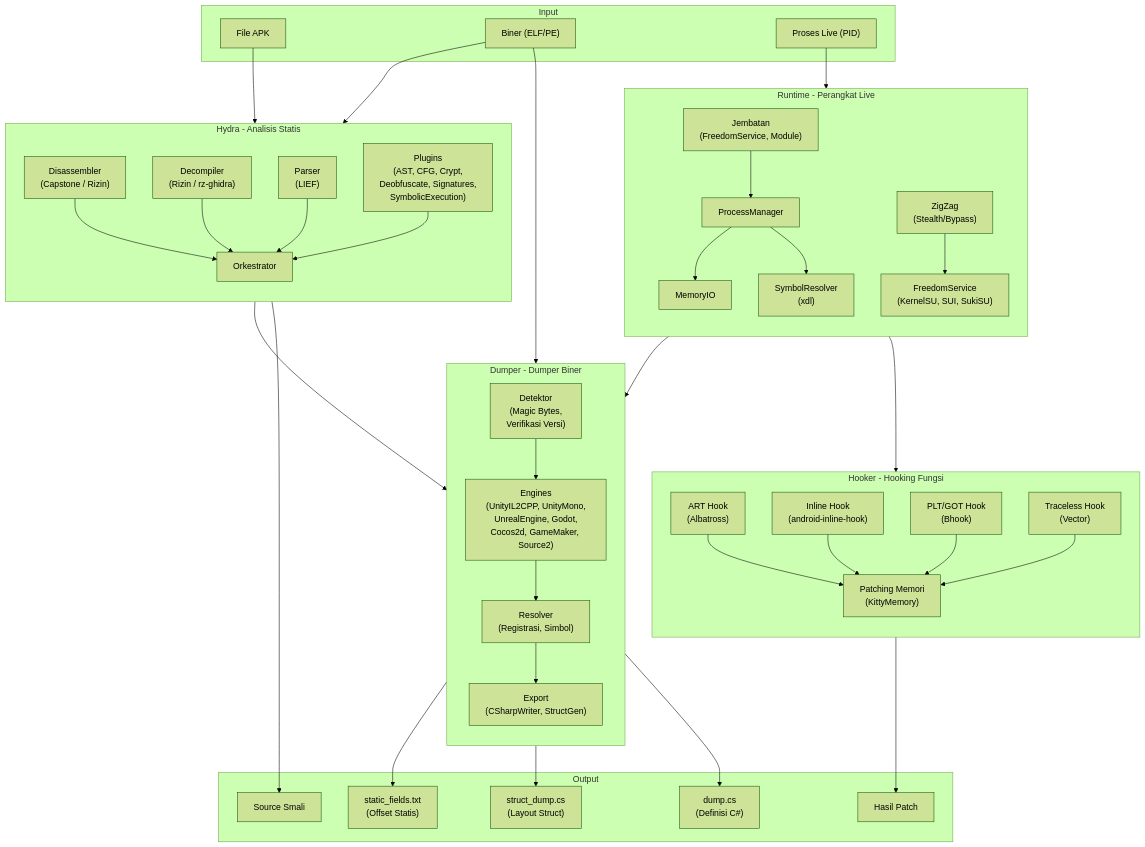
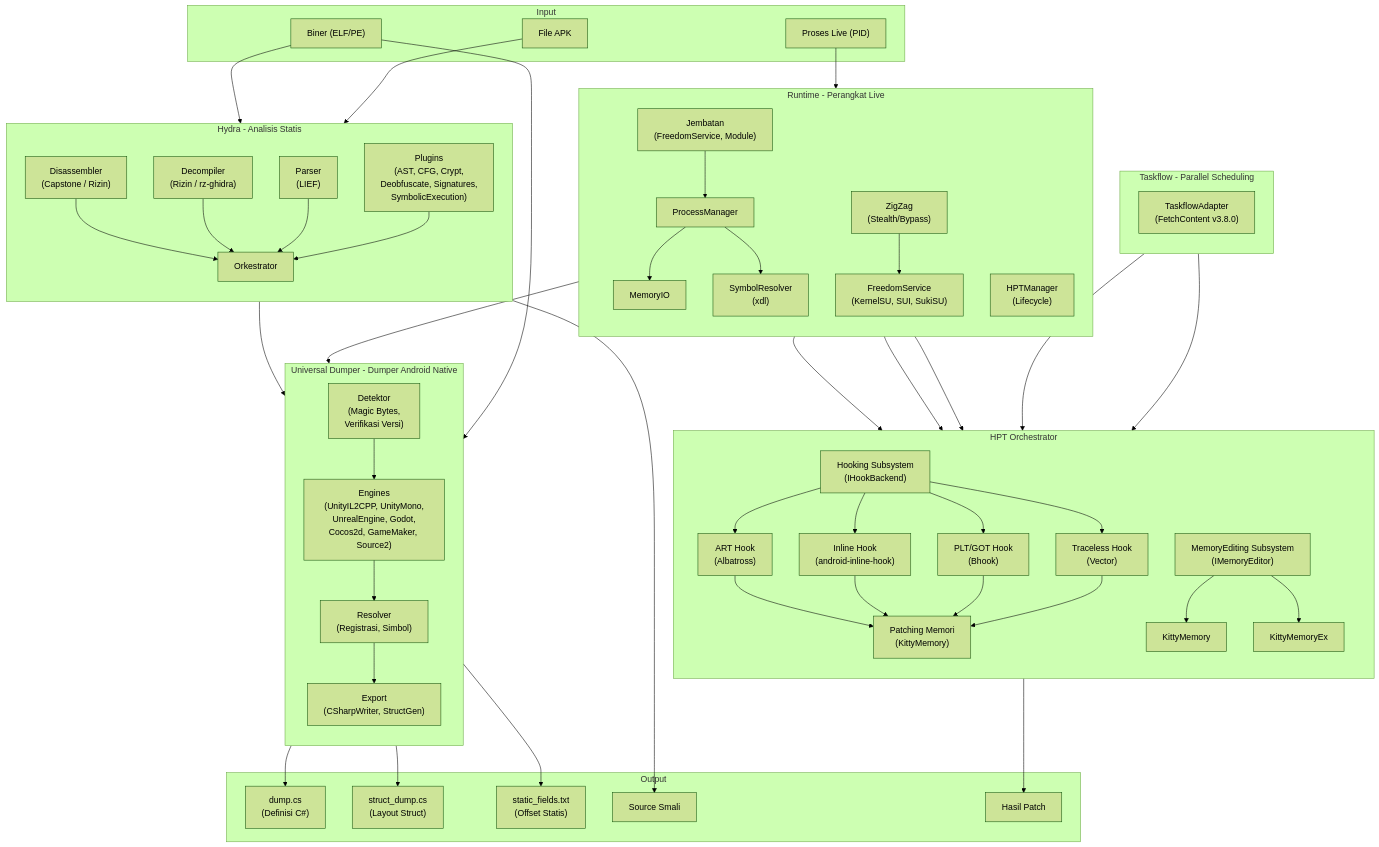
One commit to CicakDroid/OmniByte changed the first of 2 diagrams in README.md. Above: the diagram before and after it, drawn with Mermaid (forest theme). The commit also changed other lines of this file and 5 other files, not shown here.

First line of the commit message:
docs: refresh all README diagrams & add build script

````diff
--- a/README.md
+++ b/README.md
@@ -160,7 +168,7 @@
         H_PLG --> H_ORC
     end
 
-    subgraph DUMPER["Dumper - Dumper Biner"]
+    subgraph DUMPER["Universal Dumper - Dumper Android Native"]
         direction TB
         D_DET["Detektor\n(Magic Bytes,\nVerifikasi Versi)"]
         D_ENG["Engines\n(UnityIL2CPP, UnityMono,\nUnrealEngine, Godot,\nCocos2d, GameMaker, Source2)"]
@@ -171,16 +179,20 @@
         D_RES --> D_EXP
     end
 
-    subgraph HOOKER["Hooker - Hooking Fungsi"]
+    subgraph HPT["HPT Orchestrator"]
         direction TB
-        HK_ART["ART Hook\n(Albatross)"]
-        HK_INL["Inline Hook\n(android-inline-hook)"]
-        HK_PLT["PLT/GOT Hook\n(Bhook)"]
-        HK_TLS["Traceless Hook\n(Vector)"]
+        HK_MOD["Hooking Subsystem\n(IHookBackend)"]
+        ME_MOD["MemoryEditing Subsystem\n(IMemoryEditor)"]
+        HK_MOD --> HK_ART["ART Hook\n(Albatross)"]
+        HK_MOD --> HK_INL["Inline Hook\n(android-inline-hook)"]
+        HK_MOD --> HK_PLT["PLT/GOT Hook\n(Bhook)"]
+        HK_MOD --> HK_TLS["Traceless Hook\n(Vector)"]
         HK_ART --> HK_MEM["Patching Memori\n(KittyMemory)"]
         HK_INL --> HK_MEM
         HK_PLT --> HK_MEM
         HK_TLS --> HK_MEM
+        ME_MOD --> ME_KIT["KittyMemory"]
+        ME_MOD --> ME_KITX["KittyMemoryEx"]
     end
 
     subgraph RUNTIME["Runtime - Perangkat Live"]
@@ -190,11 +202,19 @@
         R_MIO["MemoryIO"]
         R_SYM["SymbolResolver\n(xdl)"]
         R_ZZ["ZigZag\n(Stealth/Bypass)"]
+        R_HPT["HPTManager\n(Lifecycle)"]
         R_FS["FreedomService\n(KernelSU, SUI, SukiSU)"]
         R_BRG --> R_PM
         R_PM --> R_MIO
         R_PM --> R_SYM
         R_ZZ --> R_FS
+        R_HPT --> HK_MOD
+        R_HPT --> ME_MOD
+    end
+
+    subgraph TASKFLOW["Taskflow - Parallel Scheduling"]
+        direction TB
+        TF["TaskflowAdapter\n(FetchContent v3.8.0)"]
     end
 
     subgraph OUTPUT["Output"]
@@ -218,4 +238,6 @@
     HK_MEM --> O_PT
     R_MIO --> HK_MEM
     R_SYM --> D_RES
+    TF --> HK_MOD
+    TF --> ME_MOD
 ```
````
